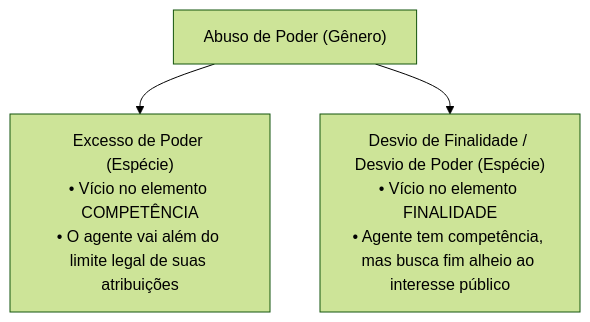
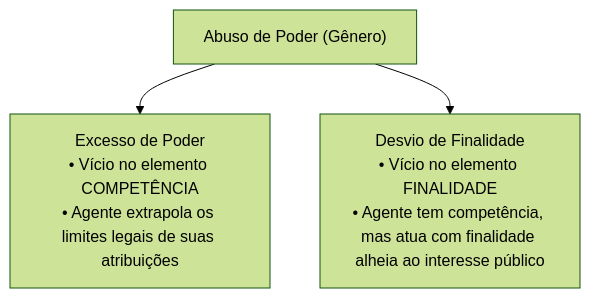
The fourth of 4 diagrams in fontes_de_estudo/conhecimentos_especificos_a01_tecnico_administrativo/15_nocoes_de_direito_administrativo/02_organizacao_administrativa_e_poderes.md (thiagosantos346/TCE-GO-2027), drawn with Mermaid (forest theme) before and after one commit. The commit also changed other lines of this file and 119 other files, not shown here.

````diff
--- a/fontes_de_estudo/conhecimentos_especificos_a01_tecnico_administrativo/15_nocoes_de_direito_administrativo/02_organizacao_administrativa_e_poderes.md
+++ b/fontes_de_estudo/conhecimentos_especificos_a01_tecnico_administrativo/15_nocoes_de_direito_administrativo/02_organizacao_administrativa_e_poderes.md
@@ -126,5 +244,8 @@
 ```mermaid
 flowchart TD
-    AP["Abuso de Poder (Gênero)"] --> EP["Excesso de Poder (Espécie)<br/>• Vício no elemento COMPETÊNCIA<br/>• O agente vai além do limite legal de suas atribuições"]
-    AP --> DF["Desvio de Finalidade / Desvio de Poder (Espécie)<br/>• Vício no elemento FINALIDADE<br/>• Agente tem competência, mas busca fim alheio ao interesse público"]
+    AP["Abuso de Poder (Gênero)"]
+    
+    AP --> EP["Excesso de Poder<br/>• Vício no elemento COMPETÊNCIA<br/>• Agente extrapola os limites legais de suas atribuições"]
+    
+    AP --> DF["Desvio de Finalidade<br/>• Vício no elemento FINALIDADE<br/>• Agente tem competência, mas atua com finalidade alheia ao interesse público"]
 ```
````
